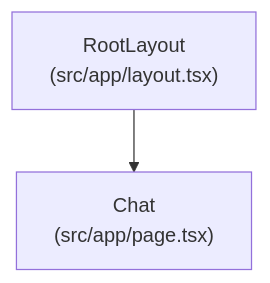
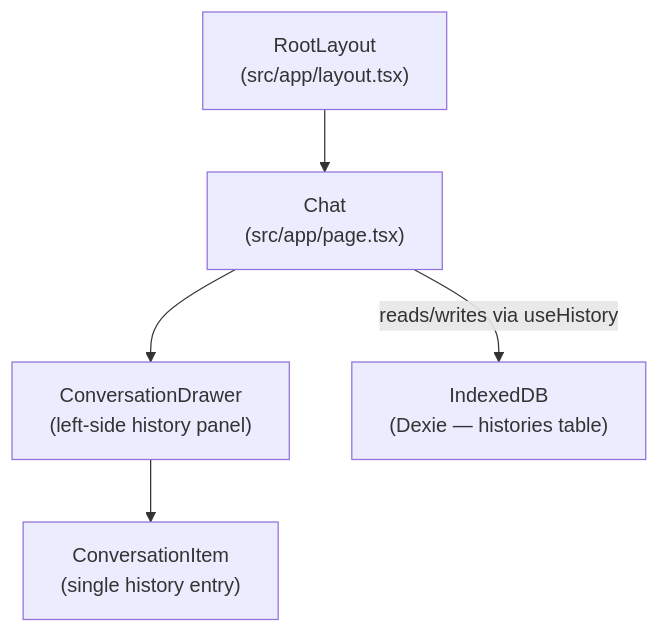
Before and after one commit to Stephane-Pires/whitecircle-takeaway: the first of 2 diagrams in ARCHITECTURE.md, drawn with Mermaid. The commit also changed other lines of this file and 18 other files, not shown here.

````diff
--- a/ARCHITECTURE.md
+++ b/ARCHITECTURE.md
@@ -5,7 +5,13 @@
 ```mermaid
 graph TD
     RootLayout["RootLayout\n(src/app/layout.tsx)"]
     ChatPage["Chat\n(src/app/page.tsx)"]
+    ConversationDrawer["ConversationDrawer\n(left-side history panel)"]
+    ConversationItem["ConversationItem\n(single history entry)"]
+    IndexedDB["IndexedDB\n(Dexie — histories table)"]
 
     RootLayout --> ChatPage
+    ChatPage --> ConversationDrawer
+    ConversationDrawer --> ConversationItem
+    ChatPage -- "reads/writes via useHistory" --> IndexedDB
 ```
````
